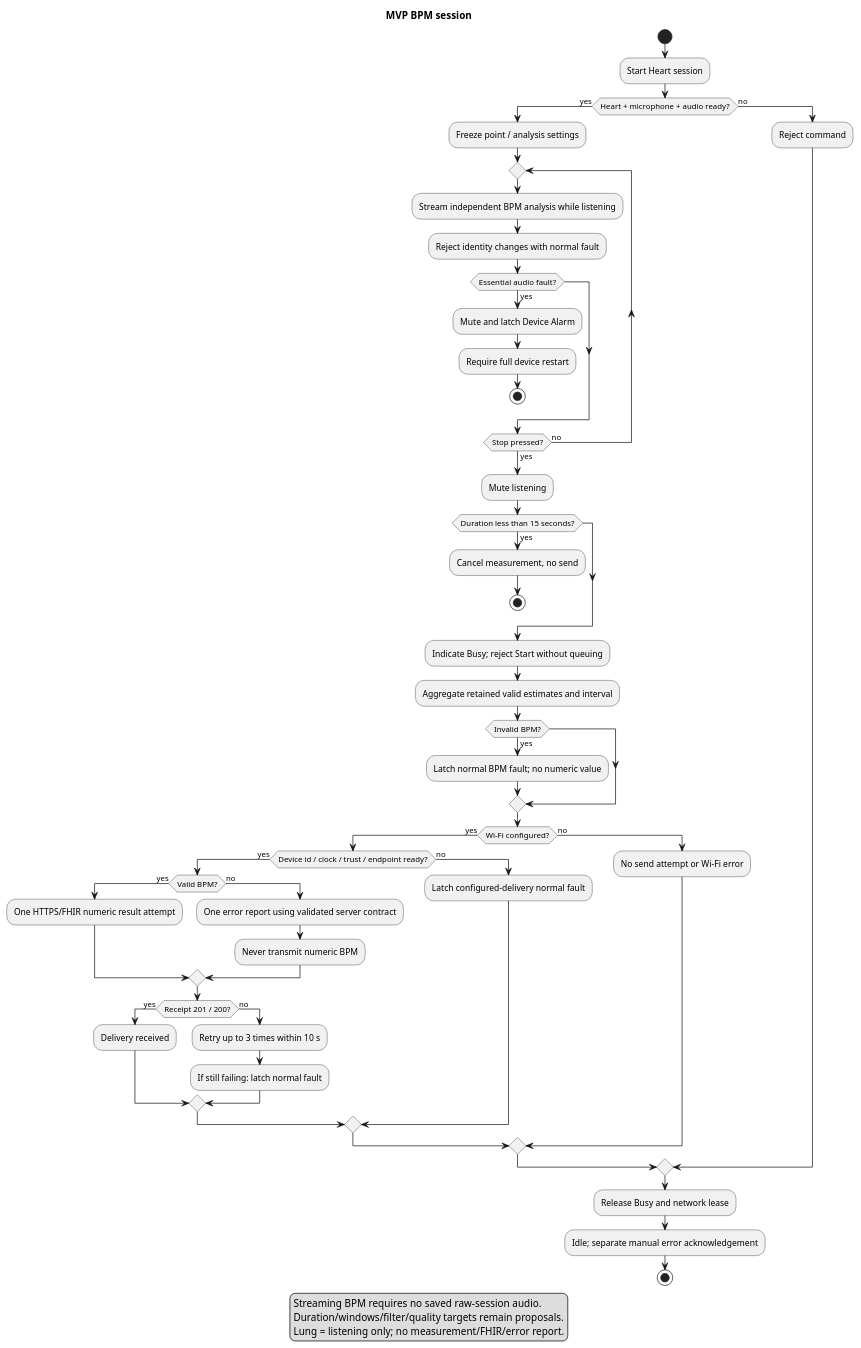
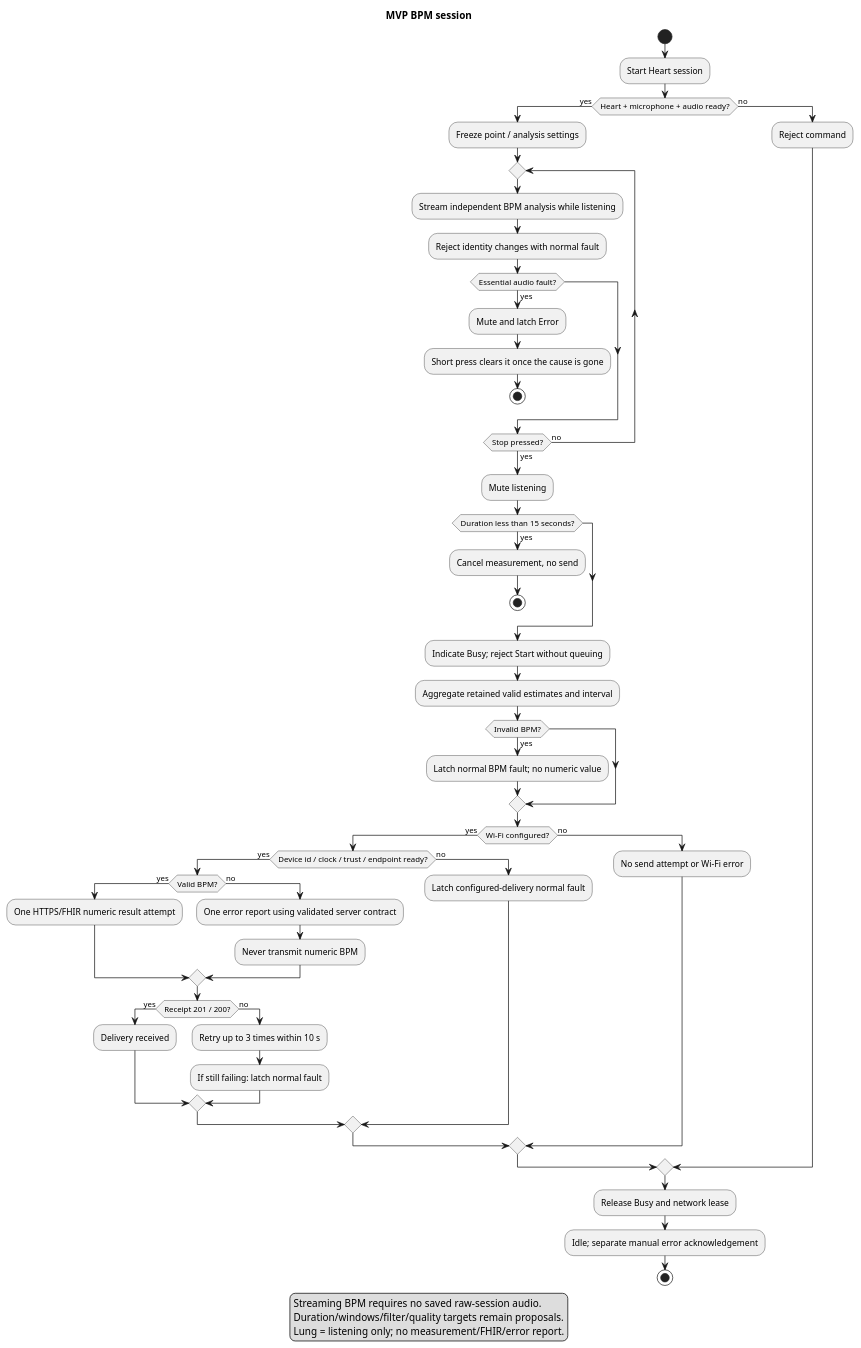
The diagram in Development/system/architecture/measurement-workflow.puml (DemonicPsychoII/DigitalStethoscope), drawn with PlantUML before and after one commit. The commit also changed 21 other files, not shown here.

```diff
--- a/Development/system/architecture/measurement-workflow.puml
+++ b/Development/system/architecture/measurement-workflow.puml
@@ -1,59 +1,59 @@
 @startuml measurement_workflow
 skinparam shadowing false
 skinparam defaultFontName SansSerif
 title MVP BPM session
 start
 :Start Heart session;
 if (Heart + microphone + audio ready?) then (yes)
  :Freeze point / analysis settings;
  repeat
   :Stream independent BPM analysis while listening;
   :Reject identity changes with normal fault;
   if (Essential audio fault?) then (yes)
-   :Mute and latch Device Alarm;
-   :Require full device restart;
+   :Mute and latch Error;
+   :Short press clears it once the cause is gone;
    stop
   endif
  repeat while (Stop pressed?) is (no) not (yes)
  :Mute listening;
  if (Duration less than 15 seconds?) then (yes)
   :Cancel measurement, no send;
   stop
  endif
  :Indicate Busy; reject Start without queuing;
  :Aggregate retained valid estimates and interval;
  if (Invalid BPM?) then (yes)
   :Latch normal BPM fault; no numeric value;
  endif
  if (Wi-Fi configured?) then (yes)
   if (Device id / clock / trust / endpoint ready?) then (yes)
    if (Valid BPM?) then (yes)
     :One HTTPS/FHIR numeric result attempt;
    else (no)
     :One error report using validated server contract;
     :Never transmit numeric BPM;
    endif
    if (Receipt 201 / 200?) then (yes)
     :Delivery received;
    else (no)
     :Retry up to 3 times within 10 s;
     :If still failing: latch normal fault;
    endif
   else (no)
    :Latch configured-delivery normal fault;
   endif
  else (no)
   :No send attempt or Wi-Fi error;
  endif
 else (no)
  :Reject command;
 endif
 :Release Busy and network lease;
 :Idle; separate manual error acknowledgement;
 stop
 legend bottom
   Streaming BPM requires no saved raw-session audio.
   Duration/windows/filter/quality targets remain proposals.
   Lung = listening only; no measurement/FHIR/error report.
 endlegend
 @enduml
```
